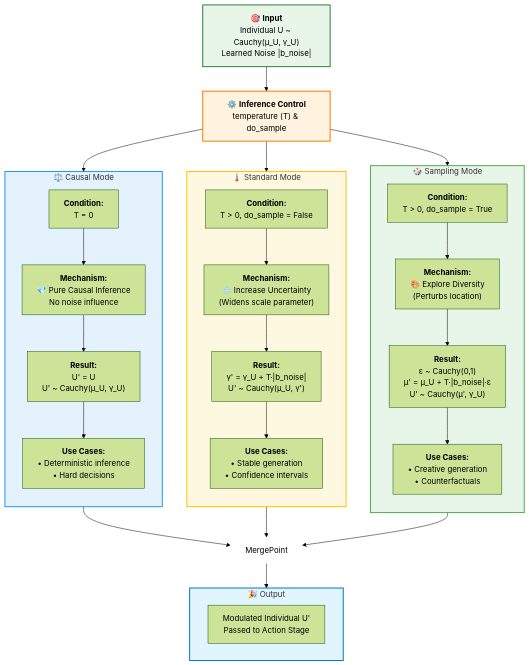
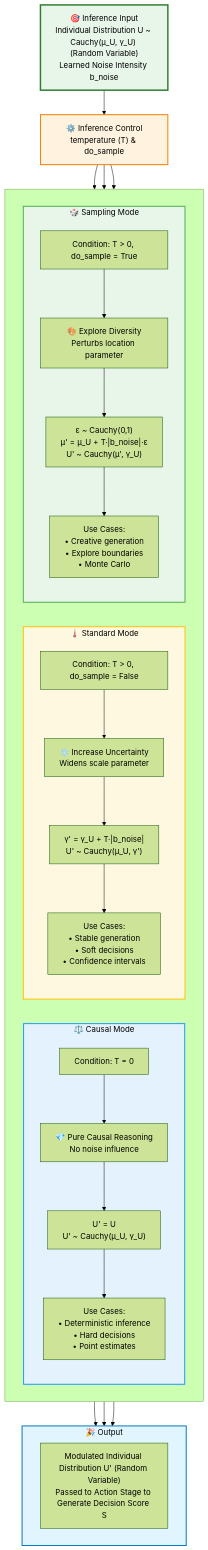
Before and after one commit to 1587causalai/CausalQwen: the seventh of 8 diagrams in causal_engine/MATHEMATICAL_FOUNDATIONS.md, drawn with Mermaid (forest theme). The commit also changed other lines of this file and 1 other file, not shown here.

````diff
--- a/causal_engine/MATHEMATICAL_FOUNDATIONS.md
+++ b/causal_engine/MATHEMATICAL_FOUNDATIONS.md
@@ -400,62 +470,63 @@
 ```mermaid
-graph TD
+graph TB
     %% Main Flow from Top to Bottom
-    Input["🎯 <b>Input</b><br/>Individual U ~ Cauchy(μ_U, γ_U)<br/>Learned Noise |b_noise|"]
-    Input --> Control["⚙️ <b>Inference Control</b><br/>temperature (T) & do_sample"]
-
-    %% Branching out to three parallel modes
+    
+    Input["🎯 Inference Input<br/>Individual Distribution U ~ Cauchy(μ_U, γ_U) (Random Variable)<br/>Learned Noise Intensity b_noise"]
+    
+    Input --> Control["⚙️ Inference Control<br/>temperature (T) & do_sample"]
+    
+    %% Container for parallel modes
+    subgraph " "
+        direction LR %% Key: Make internal modes horizontal
+        
+        subgraph CausalMode ["⚖️ Causal Mode"]
+            direction TB
+            C_Cond["Condition: T = 0"]
+            C_Desc["💎 Pure Causal Reasoning<br/>No noise influence"]
+            C_Math["U' = U<br/>U' ~ Cauchy(μ_U, γ_U)"]
+            C_Use["Use Cases:<br/>• Deterministic inference<br/>• Hard decisions<br/>• Point estimates"]
+            C_Cond --> C_Desc --> C_Math --> C_Use
+        end
+        
+        subgraph StandardMode ["🌡️ Standard Mode"]
+            direction TB
+            S_Cond["Condition: T > 0, do_sample = False"]
+            S_Desc["❄️ Increase Uncertainty<br/>Widens scale parameter"]
+            S_Math["γ' = γ_U + T·|b_noise|<br/>U' ~ Cauchy(μ_U, γ')"]
+            S_Use["Use Cases:<br/>• Stable generation<br/>• Soft decisions<br/>• Confidence intervals"]
+            S_Cond --> S_Desc --> S_Math --> S_Use
+        end
+        
+        subgraph SamplingMode ["🎲 Sampling Mode"]
+            direction TB
+            M_Cond["Condition: T > 0, do_sample = True"]
+            M_Desc["🎨 Explore Diversity<br/>Perturbs location parameter"]
+            M_Math["ε ~ Cauchy(0,1)<br/>μ' = μ_U + T·|b_noise|·ε<br/>U' ~ Cauchy(μ', γ_U)"]
+            M_Use["Use Cases:<br/>• Creative generation<br/>• Explore boundaries<br/>• Monte Carlo"]
+            M_Cond --> M_Desc --> M_Math --> M_Use
+        end
+    end
+    
+    %% Connect control to modes
     Control --> CausalMode
     Control --> StandardMode
     Control --> SamplingMode
     
-    subgraph CausalMode ["⚖️ Causal Mode"]
-        direction TB
-        C_Cond["<b>Condition:</b><br/>T = 0"]
-        C_Desc["<b>Mechanism:</b><br/>💎 Pure Causal Inference<br/>No noise influence"]
-        C_Math["<b>Result:</b><br/>U' = U<br/>U' ~ Cauchy(μ_U, γ_U)"]
-        C_Use["<b>Use Cases:</b><br/>• Deterministic inference<br/>• Hard decisions"]
-        C_Cond --> C_Desc --> C_Math --> C_Use
-    end
+    %% Connect modes to output
+    CausalMode --> Output
+    StandardMode --> Output
+    SamplingMode --> Output
     
-    subgraph StandardMode ["🌡️ Standard Mode"]
-        direction TB
-        S_Cond["<b>Condition:</b><br/>T > 0, do_sample = False"]
-        S_Desc["<b>Mechanism:</b><br/>❄️ Increase Uncertainty<br/>(Widens scale parameter)"]
-        S_Math["<b>Result:</b><br/>γ' = γ_U + T·|b_noise|<br/>U' ~ Cauchy(μ_U, γ')"]
-        S_Use["<b>Use Cases:</b><br/>• Stable generation<br/>• Confidence intervals"]
-        S_Cond --> S_Desc --> S_Math --> S_Use
-    end
-
-    subgraph SamplingMode ["🎲 Sampling Mode"]
-        direction TB
-        M_Cond["<b>Condition:</b><br/>T > 0, do_sample = True"]
-        M_Desc["<b>Mechanism:</b><br/>🎨 Explore Diversity<br/>(Perturbs location)"]
-        M_Math["<b>Result:</b><br/>ε ~ Cauchy(0,1)<br/>μ' = μ_U + T·|b_noise|·ε<br/>U' ~ Cauchy(μ', γ_U)"]
-        M_Use["<b>Use Cases:</b><br/>• Creative generation<br/>• Counterfactuals"]
-        M_Cond --> M_Desc --> M_Math --> M_Use
-    end
-
-    %% Merging into a single output
-    CausalMode --> MergePoint
-    StandardMode --> MergePoint
-    SamplingMode --> MergePoint
-    style MergePoint fill:none, stroke:none, color:none
-
-    MergePoint --> Output
-
     subgraph Output ["🎉 Output"]
-        OutDesc["Modulated Individual U'<br/>Passed to Action Stage"]
+        OutDesc["Modulated Individual Distribution U' (Random Variable)<br/>Passed to Action Stage to Generate Decision Score S"]
     end
     
     %% Styling
-    classDef title fill:#fff3e0,stroke:#f57c00,stroke-width:2px
-    classDef box fill:#ffffff,stroke:#ccc,stroke-width:1px
+    style Input fill:#e8f5e9,stroke:#2e7d32,stroke-width:3px,color:#000
+    style Control fill:#fff3e0,stroke:#f57c00,stroke-width:2px,color:#000
+    style Output fill:#e1f5fe,stroke:#0277bd,stroke-width:2px,color:#000
     
-    style Input fill:#e8f5e9,stroke:#2e7d32,stroke-width:2px
-    style Control fill:#fff3e0,stroke:#f57c00,stroke-width:2px
-    style Output fill:#e1f5fe,stroke:#0277bd,stroke-width:2px
-    
-    style CausalMode fill:#e3f2fd,stroke:#2196f3,stroke-width:2px
-    style StandardMode fill:#fff8e1,stroke:#ffc107,stroke-width:2px
-    style SamplingMode fill:#e8f5e9,stroke:#4caf50,stroke-width:2px
+    style CausalMode fill:#e3f2fd,stroke:#2196f3,stroke-width:2px,color:#000
+    style StandardMode fill:#fff8e1,stroke:#ffc107,stroke-width:2px,color:#000
+    style SamplingMode fill:#e8f5e9,stroke:#4caf50,stroke-width:2px,color:#000
 ```
````
